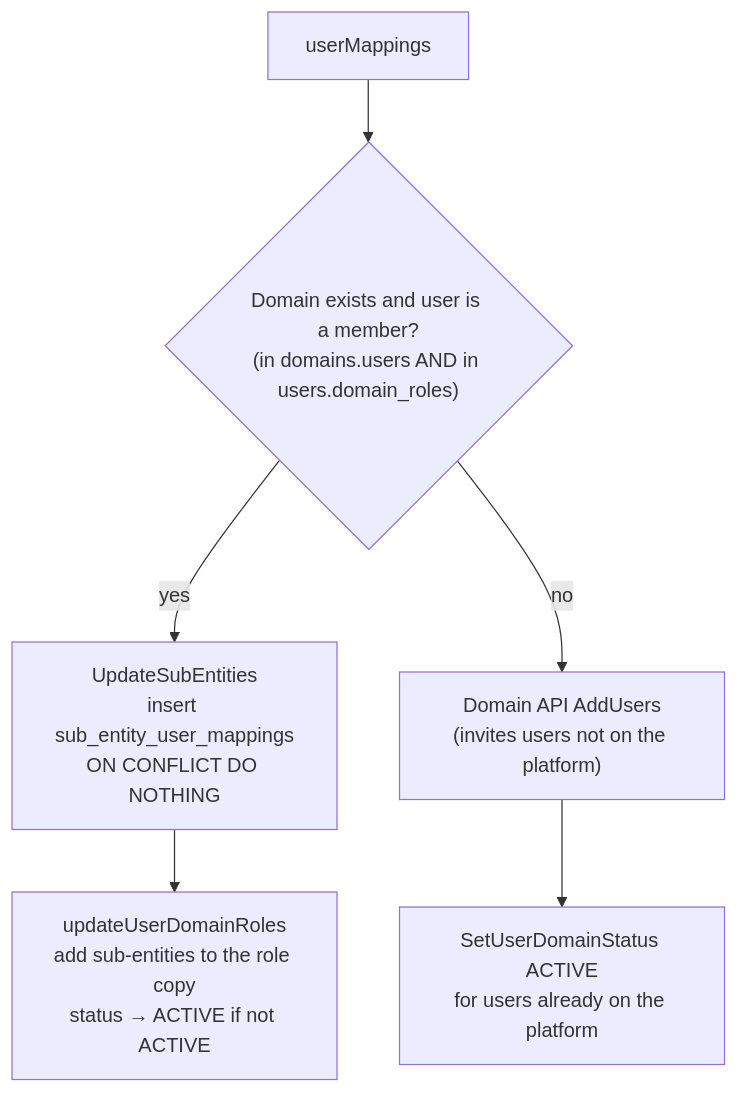
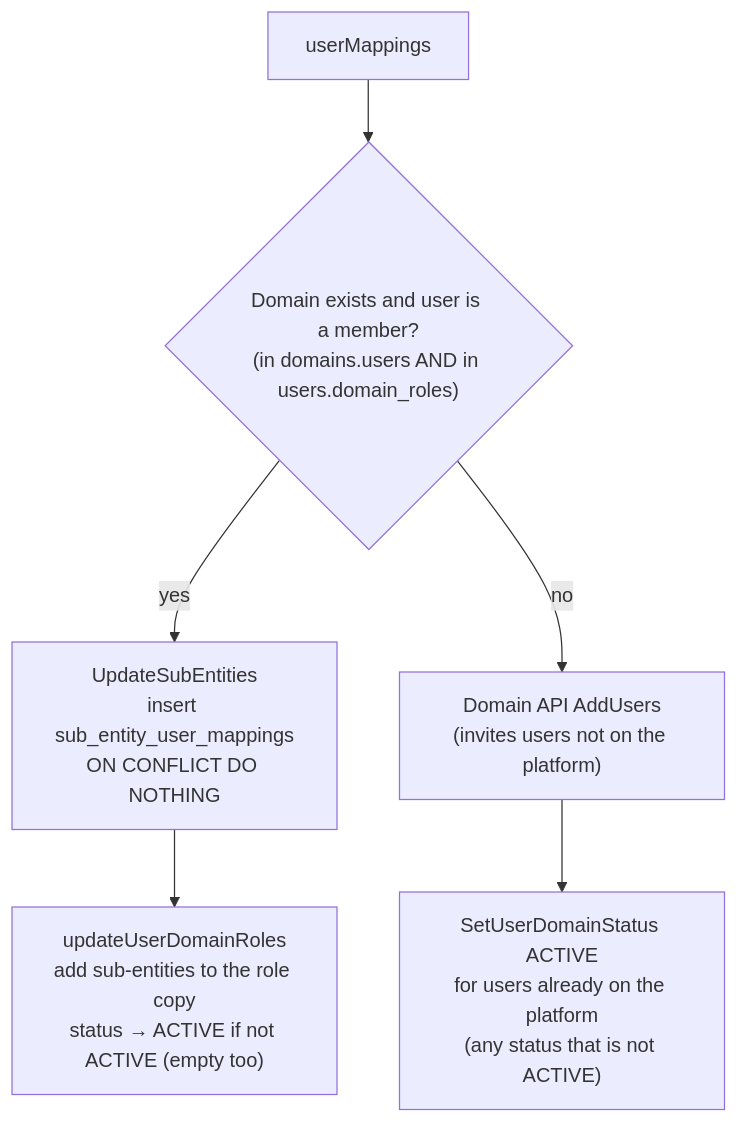
Before and after one commit to vijetapriya1/Vijeta-docs: the sixth of 7 diagrams in sync_subentities.md, drawn with Mermaid. The commit also changed other lines of this file, not shown here.

````diff
--- a/sync_subentities.md
+++ b/sync_subentities.md
@@ -220,8 +221,8 @@
 ```mermaid
 flowchart TD
     IN["userMappings"] --> D{"Domain exists and user is a member?<br/>(in domains.users AND in users.domain_roles)"}
     D -->|yes| E1["UpdateSubEntities<br/>insert sub_entity_user_mappings<br/>ON CONFLICT DO NOTHING"]
-    E1 --> E2["updateUserDomainRoles<br/>add sub-entities to the role copy<br/>status → ACTIVE if not ACTIVE"]
+    E1 --> E2["updateUserDomainRoles<br/>add sub-entities to the role copy<br/>status → ACTIVE if not ACTIVE (empty too)"]
     D -->|no| N1["Domain API AddUsers<br/>(invites users not on the platform)"]
-    N1 --> N2["SetUserDomainStatus ACTIVE<br/>for users already on the platform"]
+    N1 --> N2["SetUserDomainStatus ACTIVE<br/>for users already on the platform<br/>(any status that is not ACTIVE)"]
 ```
````
